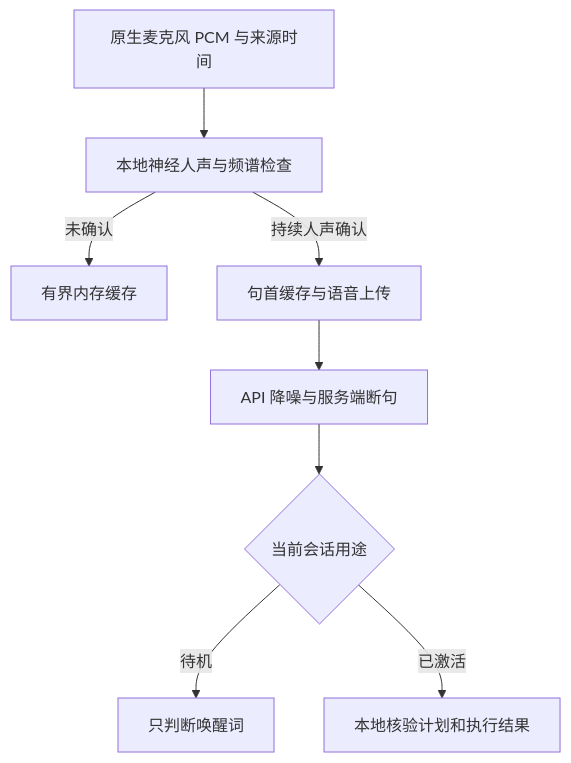
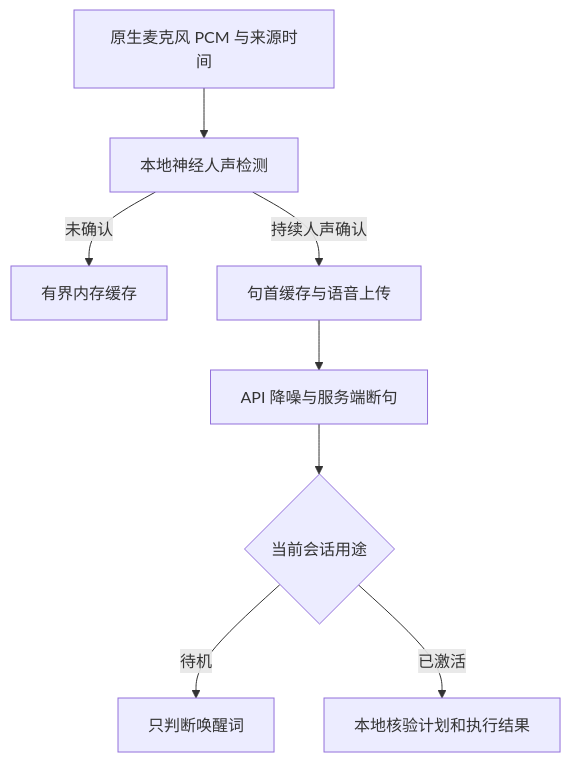
Before and after one commit to beamiter/jwm: the diagram in docs/eva-local-voice-detection.md, drawn with Mermaid. The commit also changed other lines of this file and 23 other files, not shown here.

````diff
--- a/docs/eva-local-voice-detection.md
+++ b/docs/eva-local-voice-detection.md
@@ -11,10 +11,10 @@
 ```mermaid
 flowchart TD
-    A["原生麦克风 PCM 与来源时间"] --> B["本地神经人声与频谱检查"]
+    A["原生麦克风 PCM 与来源时间"] --> B["本地神经人声检测"]
     B -->|"未确认"| C["有界内存缓存"]
     B -->|"持续人声确认"| D["句首缓存与语音上传"]
     D --> E["API 降噪与服务端断句"]
     E --> F{"当前会话用途"}
     F -->|"待机"| G["只判断唤醒词"]
     F -->|"已激活"| H["本地核验计划和执行结果"]
 ```
````
